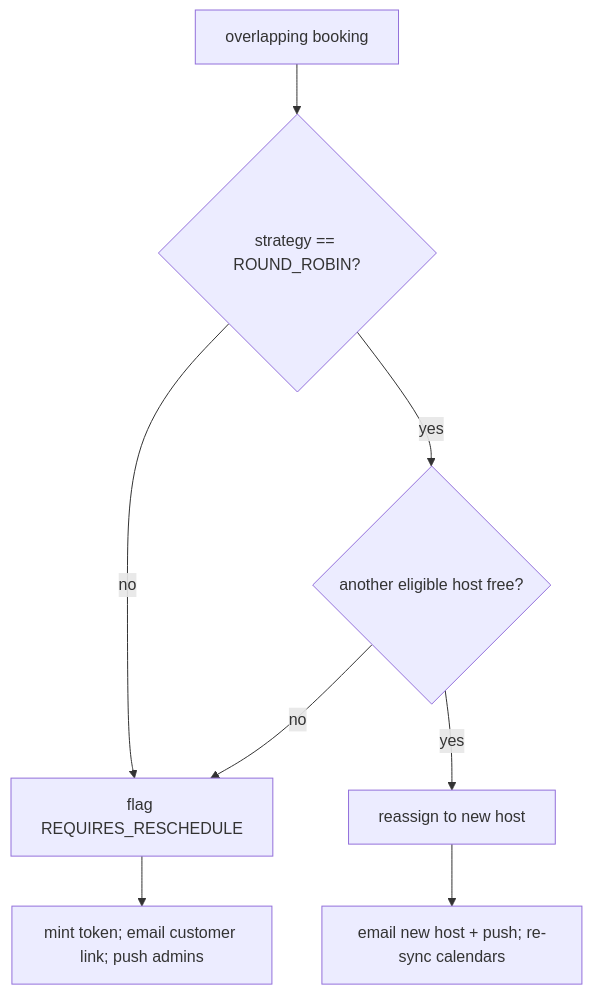
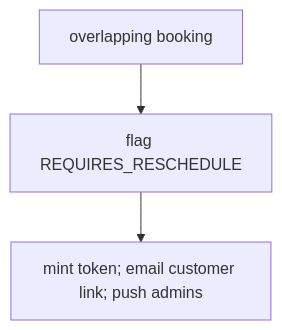
Before and after one commit to priyanshiqb/voicebot_back: the second of 2 diagrams in docs/flows/03-leave-and-reschedule.md, drawn with Mermaid. The commit also changed other lines of this file and 42 other files, not shown here.

First line of the commit message:
Remove ROUND_ROBIN assignment strategy

````diff
--- a/docs/flows/03-leave-and-reschedule.md
+++ b/docs/flows/03-leave-and-reschedule.md
@@ -46,10 +41,5 @@
 ```mermaid
 flowchart TD
-    S["overlapping booking"] --> Q{"strategy == ROUND_ROBIN?"}
-    Q -->|no| F["flag REQUIRES_RESCHEDULE"]
-    Q -->|yes| H{"another eligible host free?"}
-    H -->|yes| R["reassign to new host"]
-    H -->|no| F
-    R --> RN["email new host + push; re-sync calendars"]
+    S["overlapping booking"] --> F["flag REQUIRES_RESCHEDULE"]
     F --> FN["mint token; email customer link; push admins"]
 ```
````
